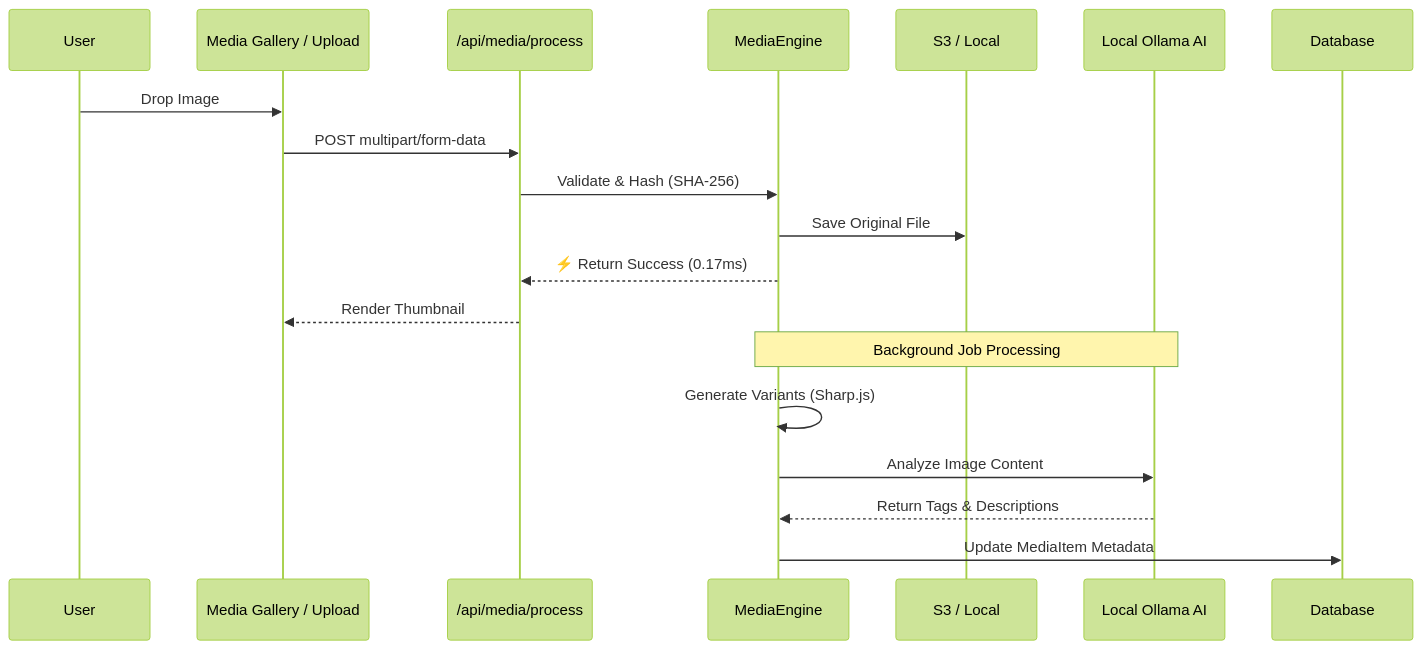
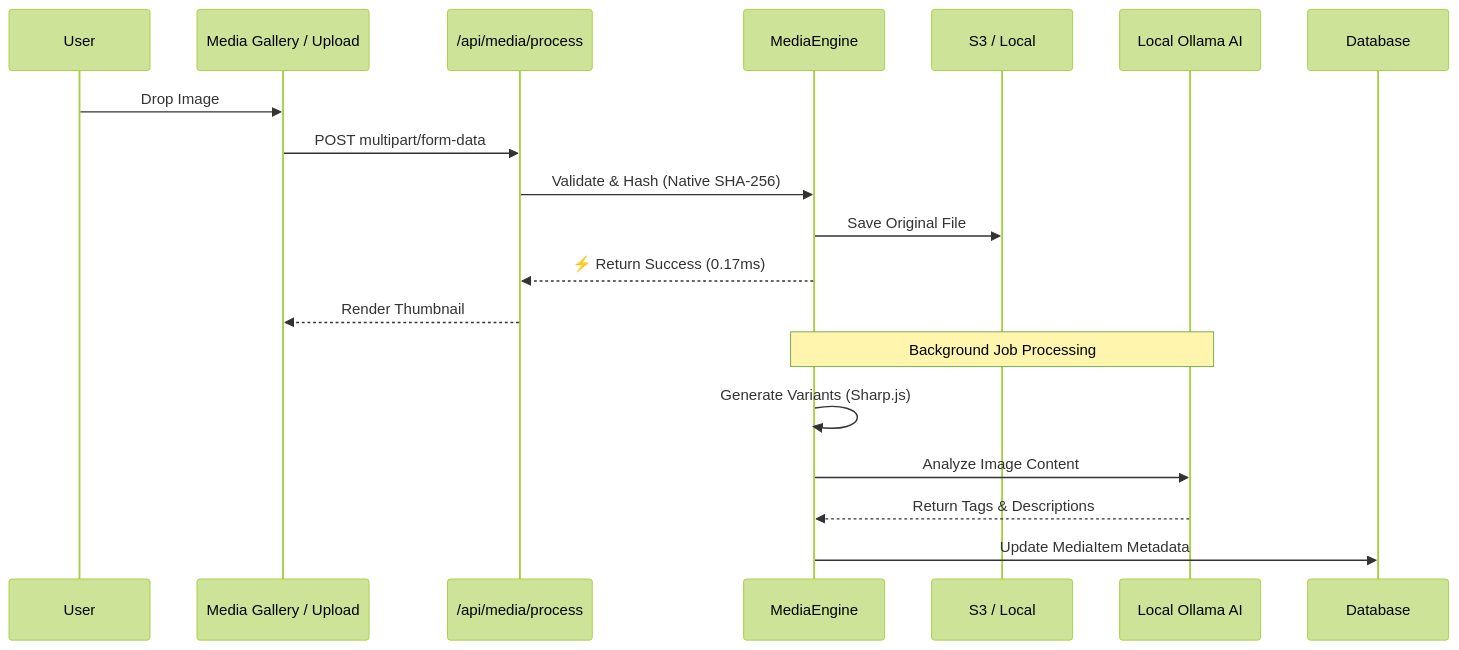
Before and after one commit to TamoorArif/SveltyCMS: the second of 2 diagrams in docs/architecture/media-system.mdx, drawn with Mermaid (forest theme). The commit also changed other lines of this file and 44 other files, not shown here.

````diff
--- a/docs/architecture/media-system.mdx
+++ b/docs/architecture/media-system.mdx
@@ -75,22 +75,22 @@
 ```mermaid
 sequenceDiagram
     participant User
     participant Gallery as Media Gallery / Upload
     participant API as /api/media/process
     participant Engine as MediaEngine
     participant Storage as S3 / Local
     participant AI as Local Ollama AI
 
     User->>Gallery: Drop Image
     Gallery->>API: POST multipart/form-data
-    API->>Engine: Validate & Hash (SHA-256)
+    API->>Engine: Validate & Hash (Native SHA-256)
     Engine->>Storage: Save Original File
     Engine-->>API: ⚡ Return Success (0.17ms)
     API-->>Gallery: Render Thumbnail
 
     note over Engine, AI: Background Job Processing
     Engine->>Engine: Generate Variants (Sharp.js)
     Engine->>AI: Analyze Image Content
     AI-->>Engine: Return Tags & Descriptions
     Engine->>Database: Update MediaItem Metadata
 ```
````
